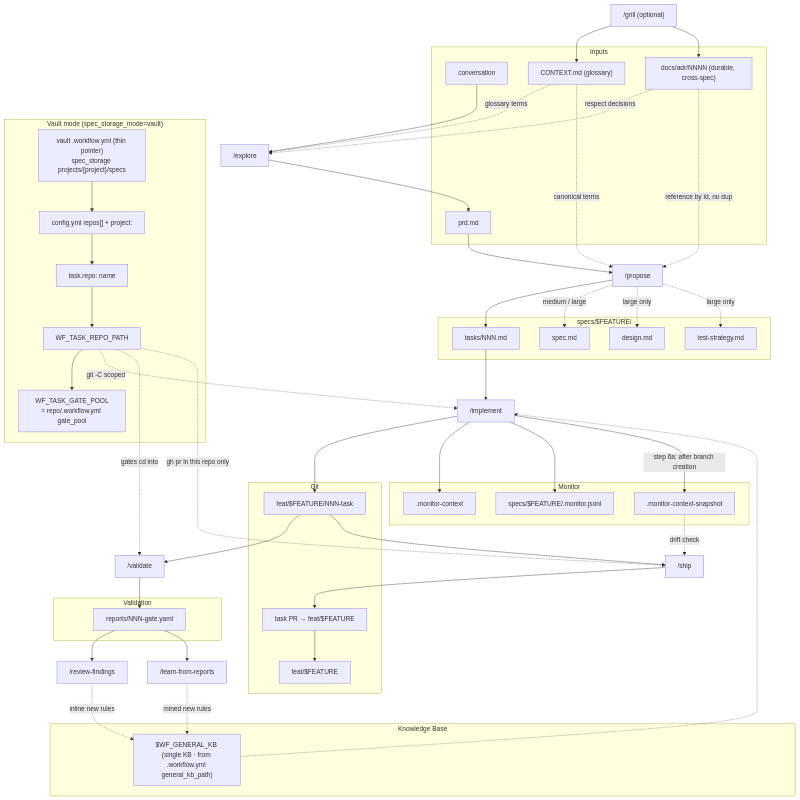
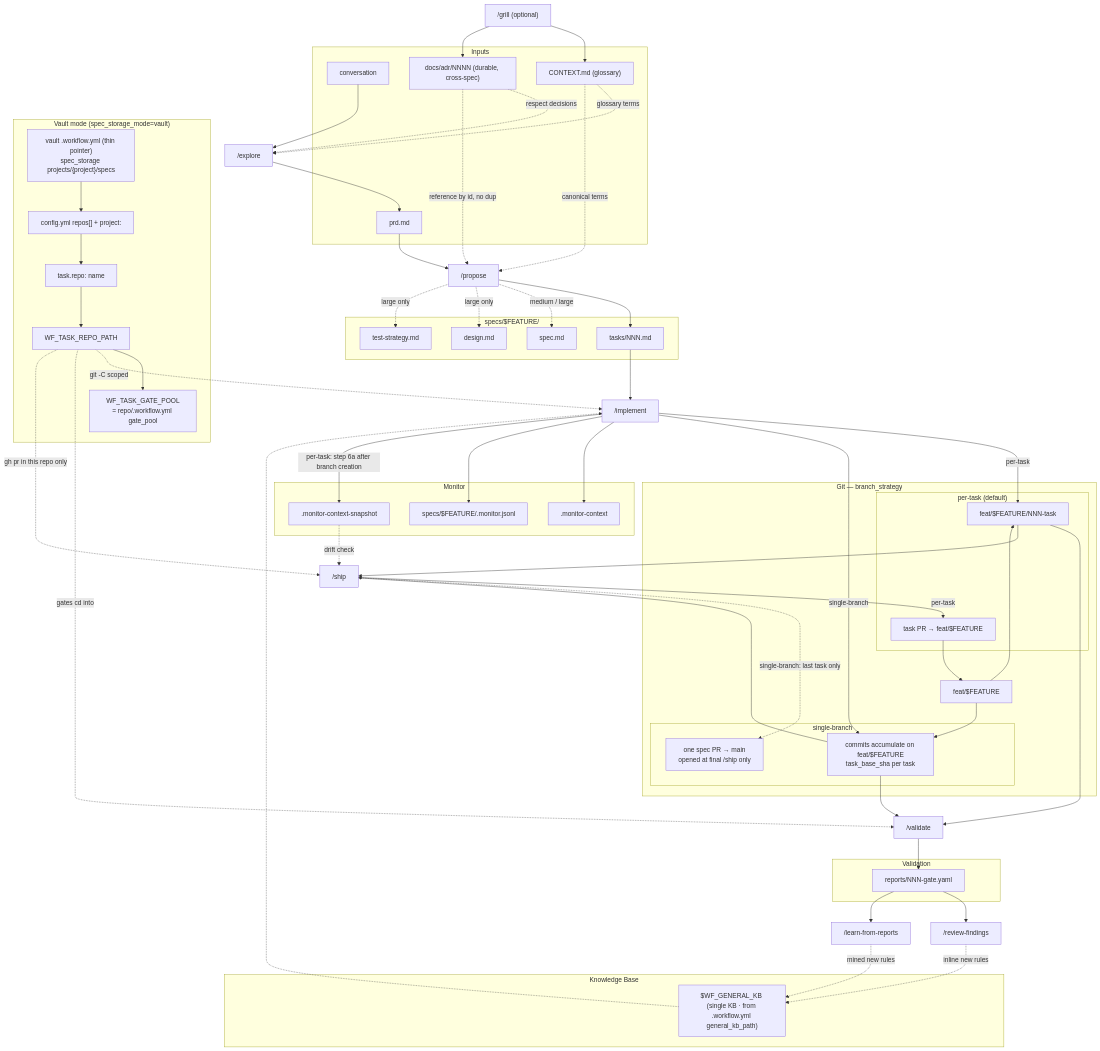
One commit to AlarQ/SDD-hub changed the fifth of 16 diagrams in docs/workflow-diagram.md. Above: the diagram before and after it, drawn with Mermaid. The commit also changed other lines of this file and 17 other files, not shown here.

Commit message:
feat: branch_strategy config axis (per-task | single-branch) (#62)

```diff
--- a/docs/workflow-diagram.md
+++ b/docs/workflow-diagram.md
@@ -211,10 +218,18 @@
         GKB["$WF_GENERAL_KB (single KB · from .workflow.yml general_kb_path)"]
     end
 
-    subgraph Git
+    subgraph Git["Git — branch_strategy"]
         FEAT[feat/$FEATURE]
-        TBR[feat/$FEATURE/NNN-task]
-        PR[task PR → feat/$FEATURE]
+        subgraph GitPT["per-task (default)"]
+            TBR[feat/$FEATURE/NNN-task]
+            PR[task PR → feat/$FEATURE]
+        end
+        subgraph GitSB["single-branch"]
+            SBC[commits accumulate on feat/$FEATURE<br/>task_base_sha per task]
+            SBPR[one spec PR → main<br/>opened at final /ship only]
+        end
+        FEAT --> TBR
+        FEAT --> SBC
     end
 
     subgraph MultiRepo["Vault mode (spec_storage_mode=vault)"]
@@ -251,11 +266,13 @@
 
     TASKS --> IM["/implement"]
     GKB -.-> IM
-    IM --> TBR
+    IM -->|per-task| TBR
+    IM -->|single-branch| SBC
     IM --> CTX
     IM --> JSONL
-    IM -->|step 6a: after branch creation| SNAP
+    IM -->|per-task: step 6a after branch creation| SNAP
 
+    SBC --> VA
     TBR --> VA["/validate"]
     VA --> REPORTS
     REPORTS --> RF["/review-findings"]
@@ -264,8 +281,10 @@
     LFR -.->|mined new rules| GKB
 
     TBR --> SH["/ship"]
+    SBC --> SH
     SNAP -.->|drift check| SH
-    SH --> PR
+    SH -->|per-task| PR
+    SH -.->|single-branch: last task only| SBPR
     PR --> FEAT
     WTRP -.->|git -C scoped| IM
     WTRP -.->|gates cd into| VA
```
